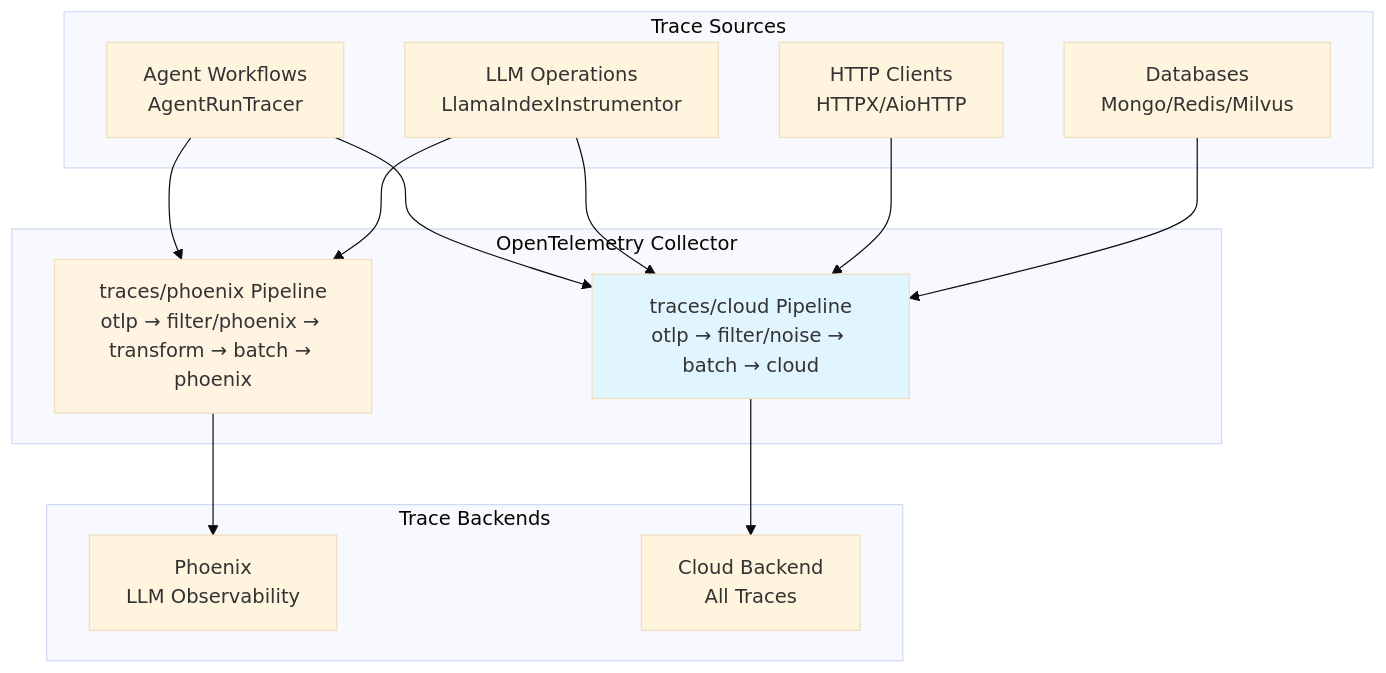
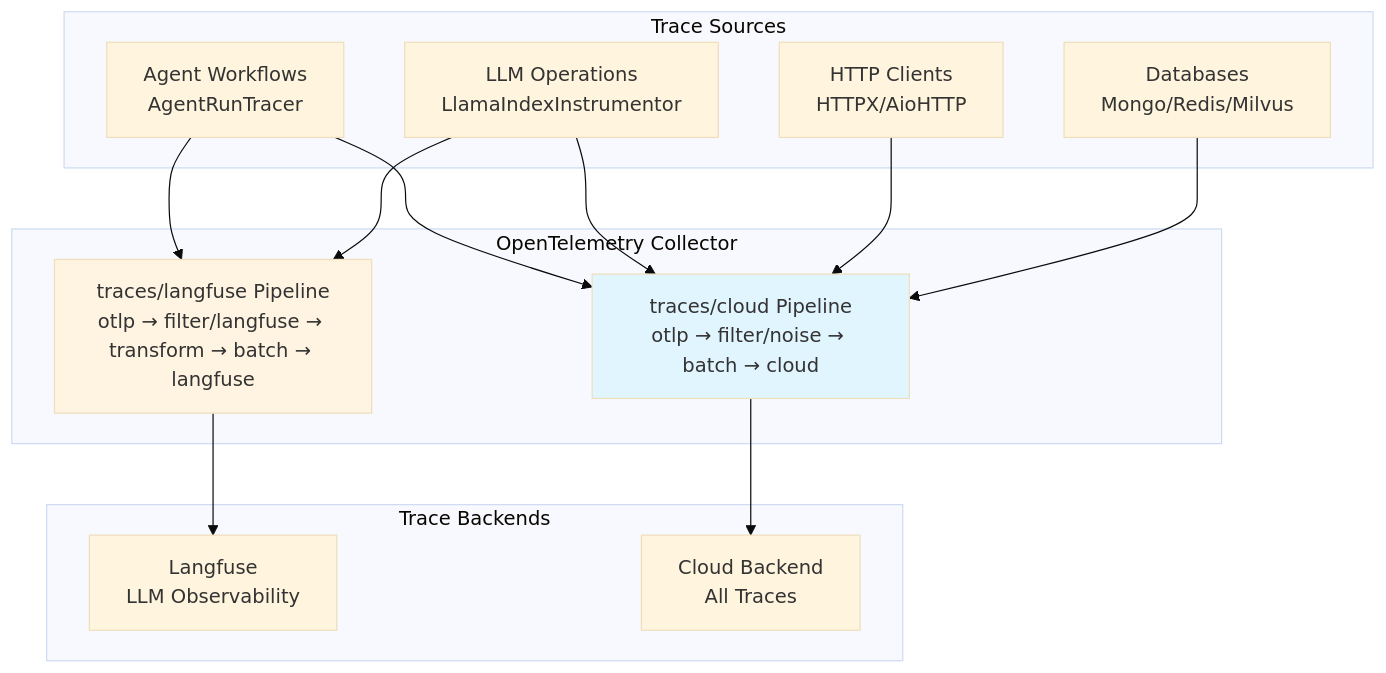
Before and after one commit to bbvch-ai/aihub-core: the first of 2 diagrams in aihub_doc/docs/2_platform/12_auditing/2_low_level_traces/index.en.md, drawn with Mermaid (base theme). The commit also changed other lines of this file and 51 other files, not shown here.

First line of the commit message:
chore(docs): replace Phoenix references with Langfuse across documentation

````diff
--- a/aihub_doc/docs/2_platform/12_auditing/2_low_level_traces/index.en.md
+++ b/aihub_doc/docs/2_platform/12_auditing/2_low_level_traces/index.en.md
@@ -150,32 +150,32 @@
 ```mermaid
 graph TB
     subgraph Sources["Trace Sources"]
         Agents[Agent Workflows<br/>AgentRunTracer]
         LLM[LLM Operations<br/>LlamaIndexInstrumentor]
         HTTP[HTTP Clients<br/>HTTPX/AioHTTP]
         DBs[Databases<br/>Mongo/Redis/Milvus]
     end
 
     subgraph Collector["OpenTelemetry Collector"]
         CloudPipeline[traces/cloud Pipeline<br/>otlp → filter/noise → batch → cloud]
-        PhoenixPipeline[traces/phoenix Pipeline<br/>otlp → filter/phoenix → transform → batch → phoenix]
+        LangfusePipeline[traces/langfuse Pipeline<br/>otlp → filter/langfuse → transform → batch → langfuse]
     end
 
     subgraph Backends["Trace Backends"]
-        Phoenix[Phoenix<br/>LLM Observability]
+        Langfuse[Langfuse<br/>LLM Observability]
         Cloud[Cloud Backend<br/>All Traces]
     end
 
     Agents --> CloudPipeline
-    Agents --> PhoenixPipeline
+    Agents --> LangfusePipeline
     LLM --> CloudPipeline
-    LLM --> PhoenixPipeline
+    LLM --> LangfusePipeline
     HTTP --> CloudPipeline
     DBs --> CloudPipeline
 
     CloudPipeline --> Cloud
-    PhoenixPipeline --> Phoenix
+    LangfusePipeline --> Langfuse
 
     style CloudPipeline fill:#e1f5ff
-    style PhoenixPipeline fill:#fff4e1
+    style LangfusePipeline fill:#fff4e1
 ```
````
